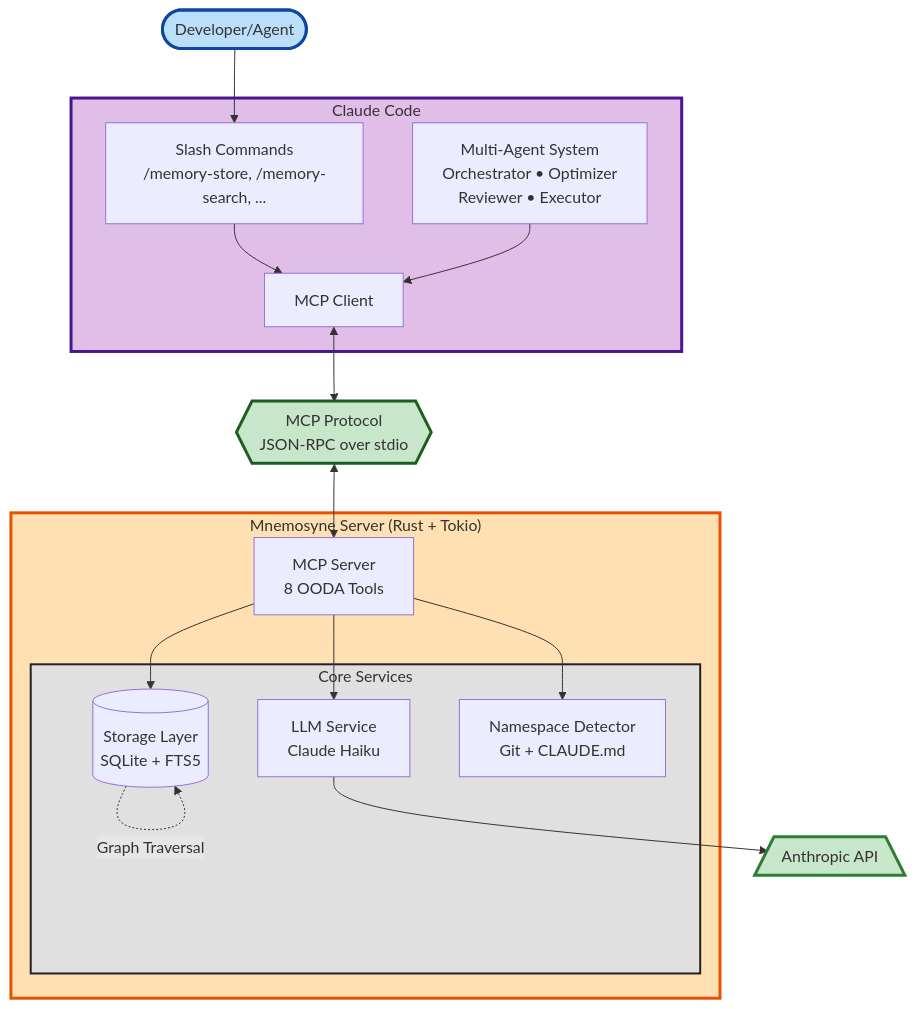
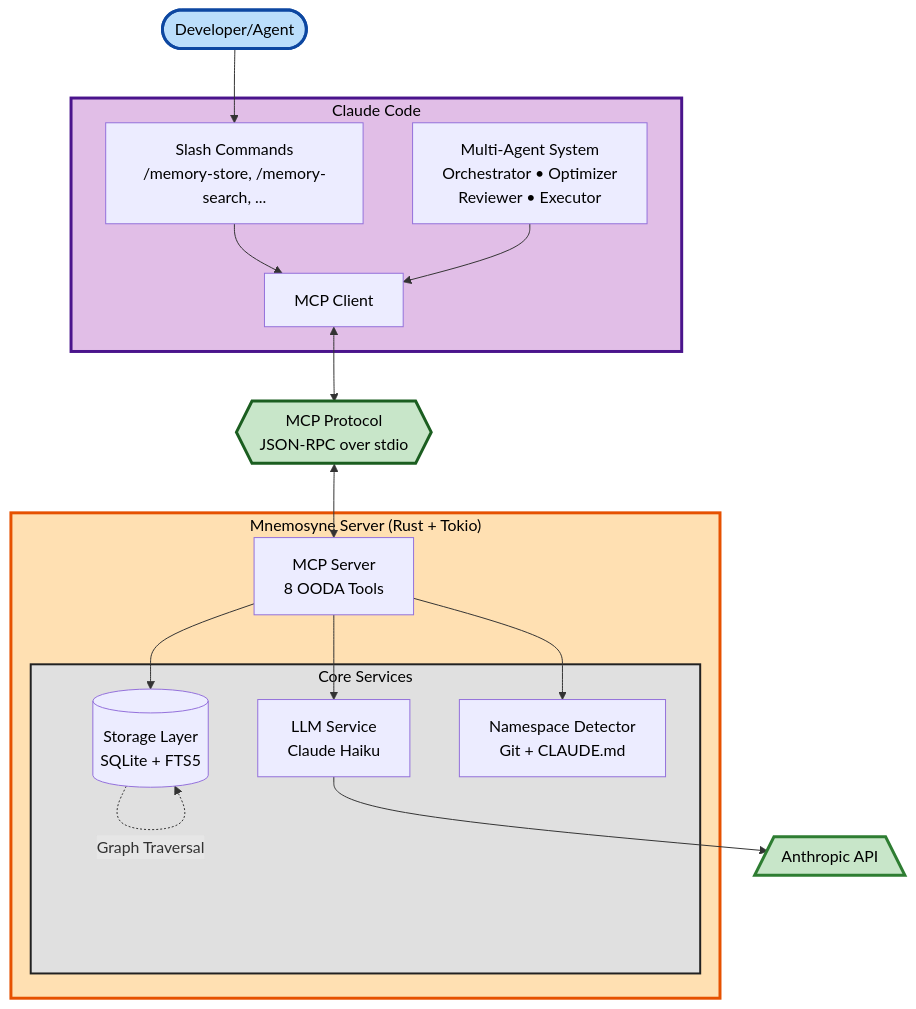
Before and after one commit to rand/mnemosyne: the diagram in README.md, drawn with Mermaid. The commit also changed 7 other files, not shown here.

````diff
--- a/README.md
+++ b/README.md
@@ -139,45 +139,53 @@
 ```mermaid
 flowchart TD
     User([Developer/Agent])
 
     subgraph Claude["Claude Code"]
         UI[Slash Commands<br/>/memory-store, /memory-search, ...]
         MCP[MCP Client]
         Agents[Multi-Agent System<br/>Orchestrator • Optimizer<br/>Reviewer • Executor]
     end
 
     Protocol{{MCP Protocol<br/>JSON-RPC over stdio}}
 
     subgraph Mnemosyne["Mnemosyne Server (Rust + Tokio)"]
         Server[MCP Server<br/>8 OODA Tools]
 
         subgraph Services["Core Services"]
             Storage[(Storage Layer<br/>SQLite + FTS5)]
             LLM[LLM Service<br/>Claude Haiku]
             NS[Namespace Detector<br/>Git + CLAUDE.md]
         end
     end
 
     API[/Anthropic API\]
 
     User --> UI
     UI --> MCP
     Agents --> MCP
     MCP <--> Protocol
     Protocol <--> Server
 
     Server --> Storage
     Server --> LLM
     Server --> NS
 
     LLM --> API
     Storage -.->|FTS5 Search| Storage
     Storage -.->|Graph Traversal| Storage
 
-    style User fill:#bbdefb,stroke:#0d47a1,stroke-width:3px
-    style Claude fill:#e1bee7,stroke:#4a148c,stroke-width:3px
-    style Mnemosyne fill:#ffe0b2,stroke:#e65100,stroke-width:3px
-    style Protocol fill:#c8e6c9,stroke:#1b5e20,stroke-width:3px
-    style Services fill:#e0e0e0,stroke:#212121,stroke-width:2px
-    style API fill:#c8e6c9,stroke:#2e7d32,stroke-width:3px
+    style User fill:#bbdefb,stroke:#0d47a1,stroke-width:3px,color:#000
+    style Claude fill:#e1bee7,stroke:#4a148c,stroke-width:3px,color:#000
+    style Mnemosyne fill:#ffe0b2,stroke:#e65100,stroke-width:3px,color:#000
+    style Protocol fill:#c8e6c9,stroke:#1b5e20,stroke-width:3px,color:#000
+    style Services fill:#e0e0e0,stroke:#212121,stroke-width:2px,color:#000
+    style API fill:#c8e6c9,stroke:#2e7d32,stroke-width:3px,color:#000
+
+    style UI color:#000
+    style MCP color:#000
+    style Agents color:#000
+    style Server color:#000
+    style Storage color:#000
+    style LLM color:#000
+    style NS color:#000
 ```
````
